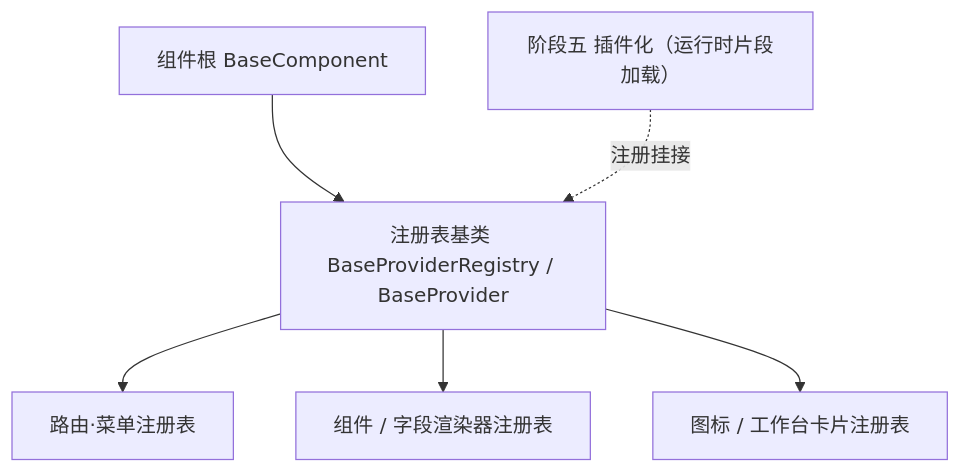
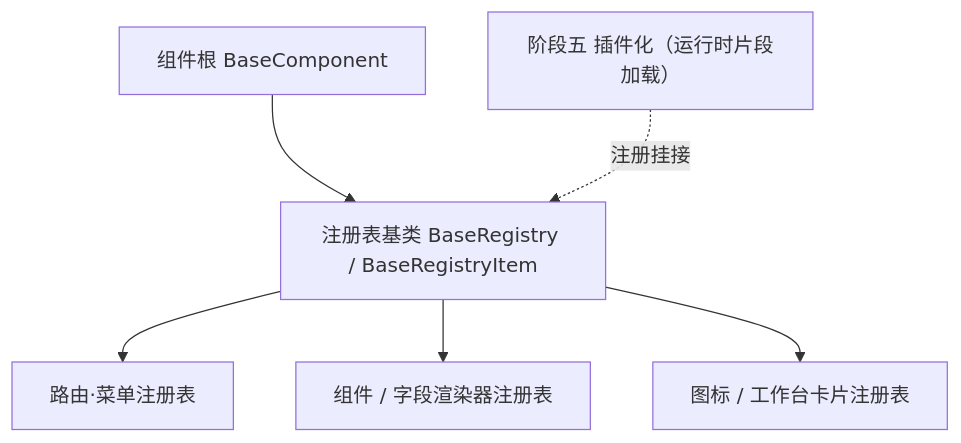
The diagram in bms文档/设计/组件设计/02_基础组件类/01_机制基类/06_组件设计_注册表基类/06_组件设计_注册表基类.md (minjian123/basic-management-system), drawn with Mermaid before and after one commit. The commit also changed other lines of this file and 22 other files, not shown here.

````diff
--- a/bms文档/设计/组件设计/02_基础组件类/01_机制基类/06_组件设计_注册表基类/06_组件设计_注册表基类.md
+++ b/bms文档/设计/组件设计/02_基础组件类/01_机制基类/06_组件设计_注册表基类/06_组件设计_注册表基类.md
@@ -15,8 +15,8 @@
 ```mermaid
 flowchart TD
-    COMP["组件根 BaseComponent"] --> REG["注册表基类 BaseProviderRegistry / BaseProvider"]
+    COMP["组件根 BaseComponent"] --> REG["注册表基类 BaseRegistry / BaseRegistryItem"]
     REG --> R1["路由·菜单注册表"]
     REG --> R2["组件 / 字段渲染器注册表"]
     REG --> R3["图标 / 工作台卡片注册表"]
     PLUG["阶段五 插件化（运行时片段加载）"] -. 注册挂接 .-> REG
 ```
````
